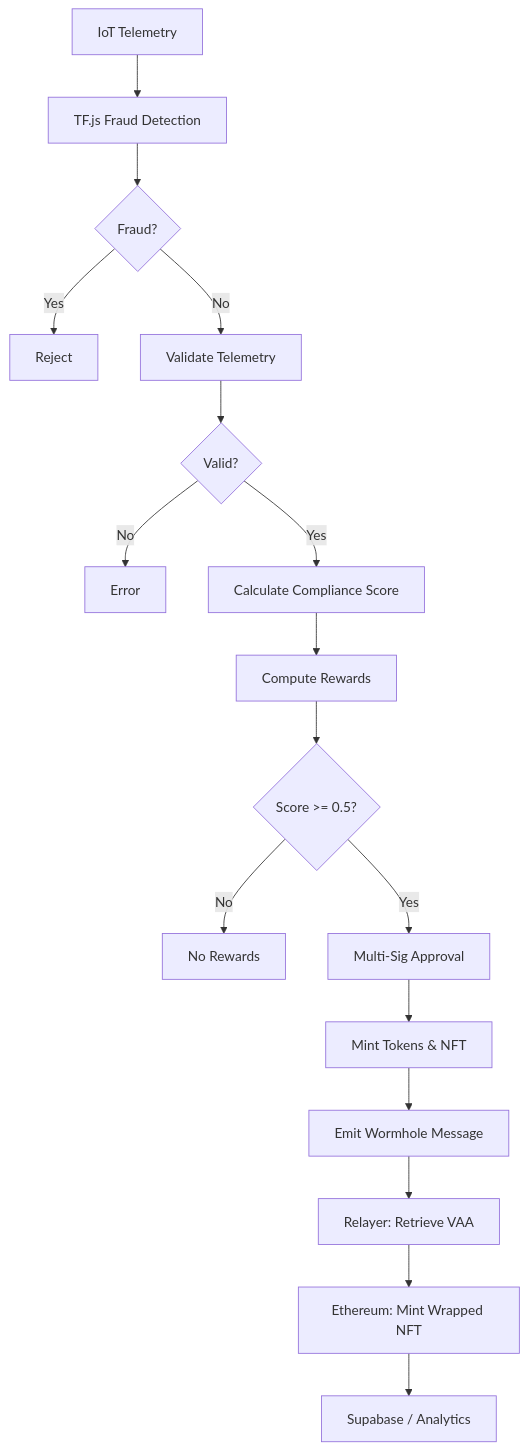
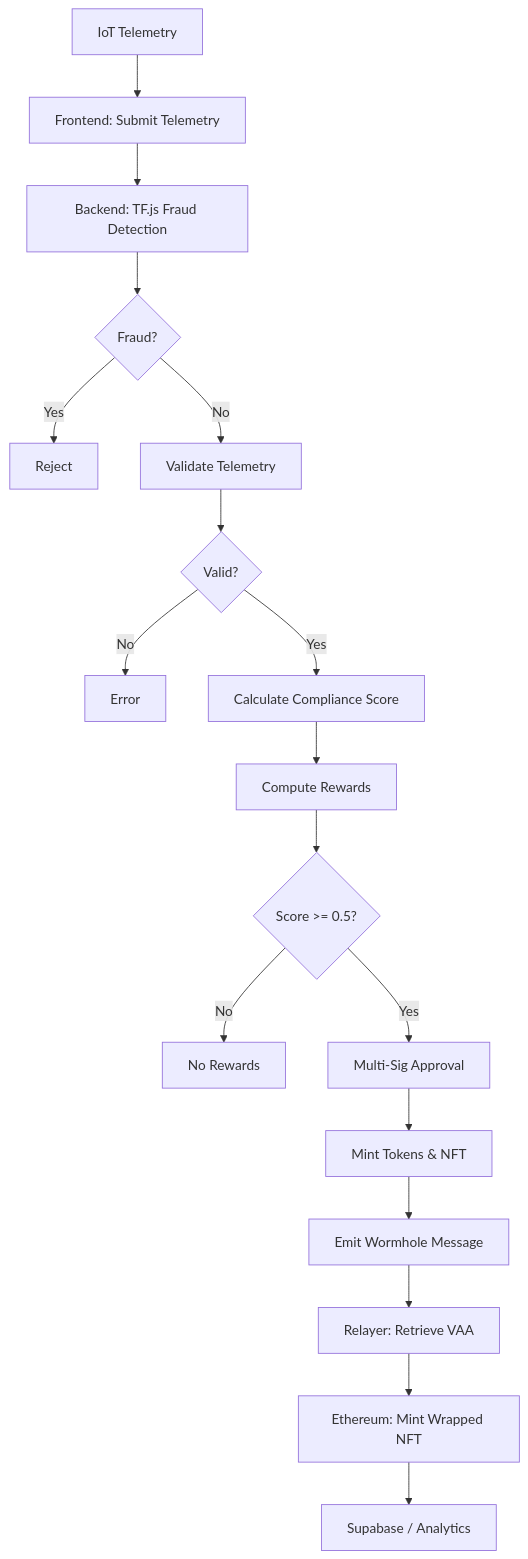
The diagram in README.md (PolymersNetwork/polymers-rewards), drawn with Mermaid before and after one commit. The commit also changed other lines of this file, not shown here.

````diff
--- a/README.md
+++ b/README.md
@@ -376,19 +575,20 @@
 ```mermaid
 flowchart TD
-    A[IoT Telemetry] --> B[TF.js Fraud Detection]
-    B --> C{Fraud?}
-    C -- Yes --> D[Reject]
-    C -- No --> E[Validate Telemetry]
-    E --> F{Valid?}
-    F -- No --> G[Error]
-    F -- Yes --> H[Calculate Compliance Score]
-    H --> I[Compute Rewards]
-    I --> J{Score >= 0.5?}
-    J -- No --> K[No Rewards]
-    J -- Yes --> L[Multi-Sig Approval]
-    L --> M[Mint Tokens & NFT]
-    M --> N[Emit Wormhole Message]
-    N --> O[Relayer: Retrieve VAA]
-    O --> P[Ethereum: Mint Wrapped NFT]
-    P --> Q[Supabase / Analytics]
+    A[IoT Telemetry] --> B[Frontend: Submit Telemetry]
+    B --> C[Backend: TF.js Fraud Detection]
+    C --> D{Fraud?}
+    D -- Yes --> E[Reject]
+    D -- No --> F[Validate Telemetry]
+    F --> G{Valid?}
+    G -- No --> H[Error]
+    G -- Yes --> I[Calculate Compliance Score]
+    I --> J[Compute Rewards]
+    J --> K{Score >= 0.5?}
+    K -- No --> L[No Rewards]
+    K -- Yes --> M[Multi-Sig Approval]
+    M --> N[Mint Tokens & NFT]
+    N --> O[Emit Wormhole Message]
+    O --> P[Relayer: Retrieve VAA]
+    P --> Q[Ethereum: Mint Wrapped NFT]
+    Q --> R[Supabase / Analytics]
 ```
````
